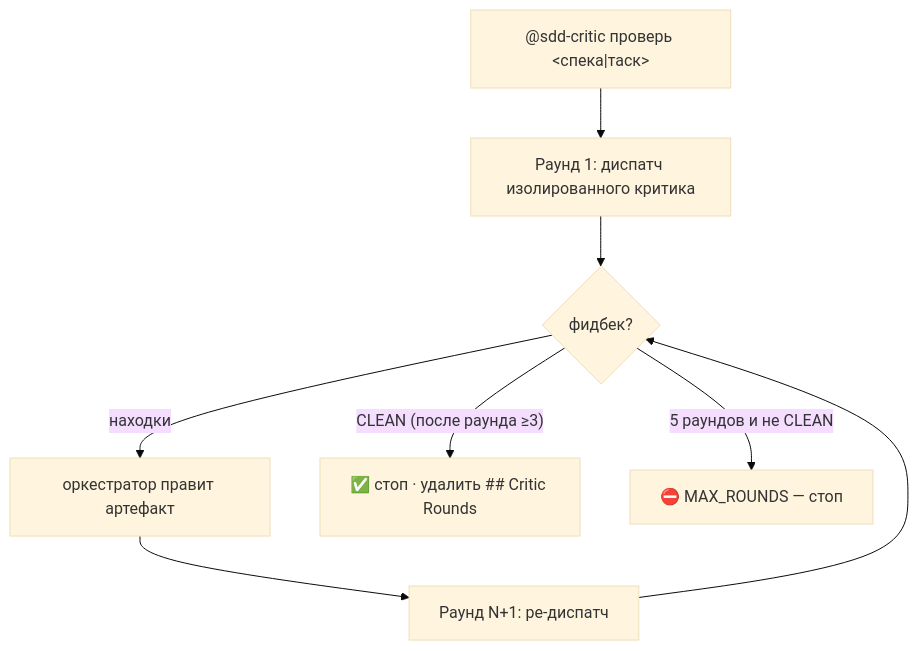
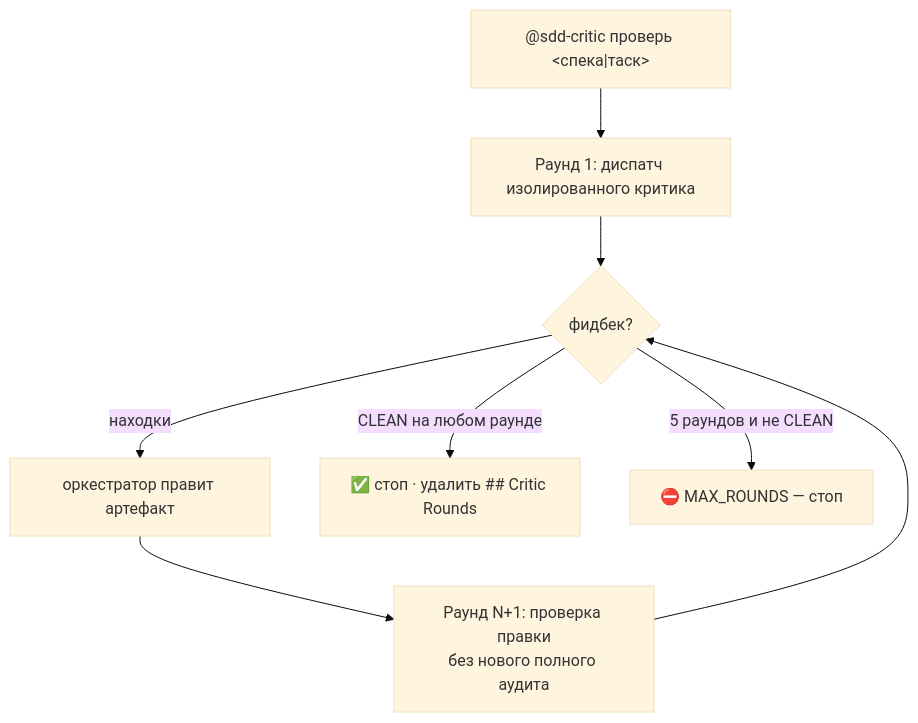
The sixth of 8 diagrams in docs/sdd-flow.md (RubaXa/gennady), drawn with Mermaid (base theme) before and after one commit. The commit also changed other lines of this file and 5 other files, not shown here.

````diff
--- a/docs/sdd-flow.md
+++ b/docs/sdd-flow.md
@@ -285,10 +285,10 @@
 ```mermaid
 flowchart TD
     A["@sdd-critic проверь <спека|таск>"] --> B["Раунд 1: диспатч изолированного критика"]
     B --> C{"фидбек?"}
     C -->|находки| D["оркестратор правит артефакт"]
-    D --> E["Раунд N+1: ре-диспатч"]
+    D --> E["Раунд N+1: проверка правки\nбез нового полного аудита"]
     E --> C
-    C -->|"CLEAN (после раунда ≥3)"| F["✅ стоп · удалить ## Critic Rounds"]
+    C -->|"CLEAN на любом раунде"| F["✅ стоп · удалить ## Critic Rounds"]
     C -->|"5 раундов и не CLEAN"| G["⛔ MAX_ROUNDS — стоп"]
 ```
````
